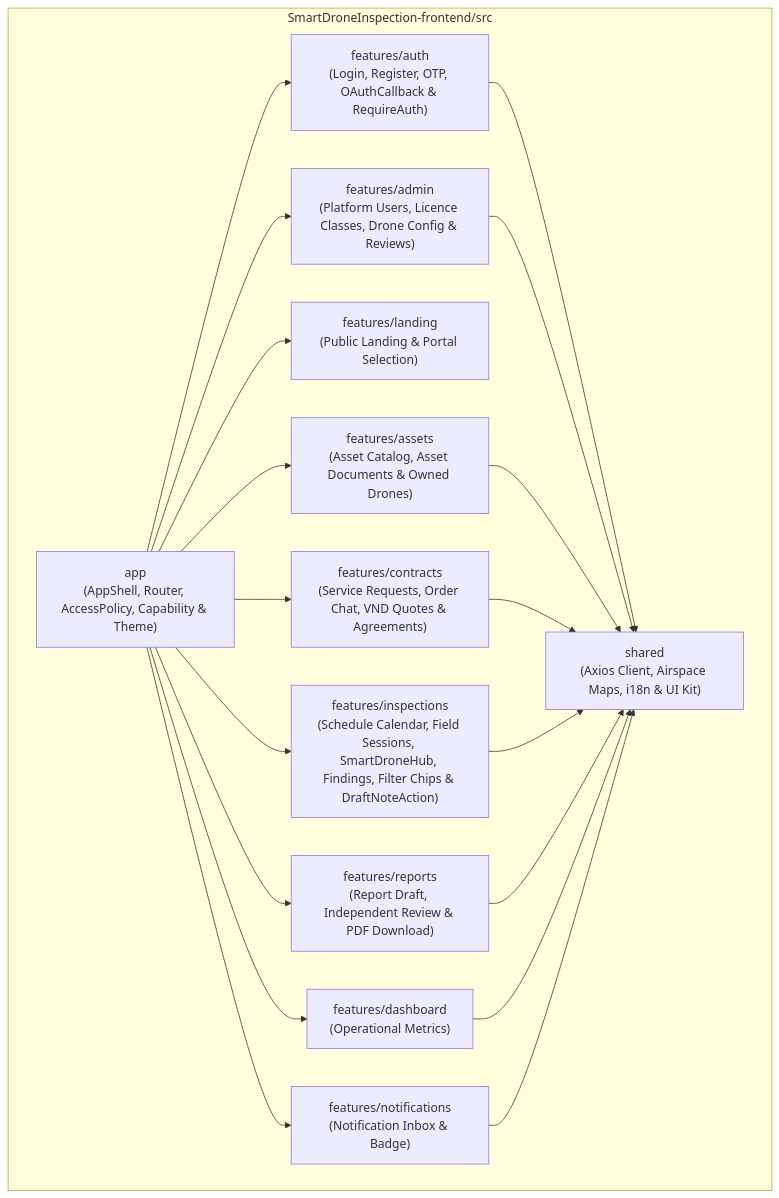
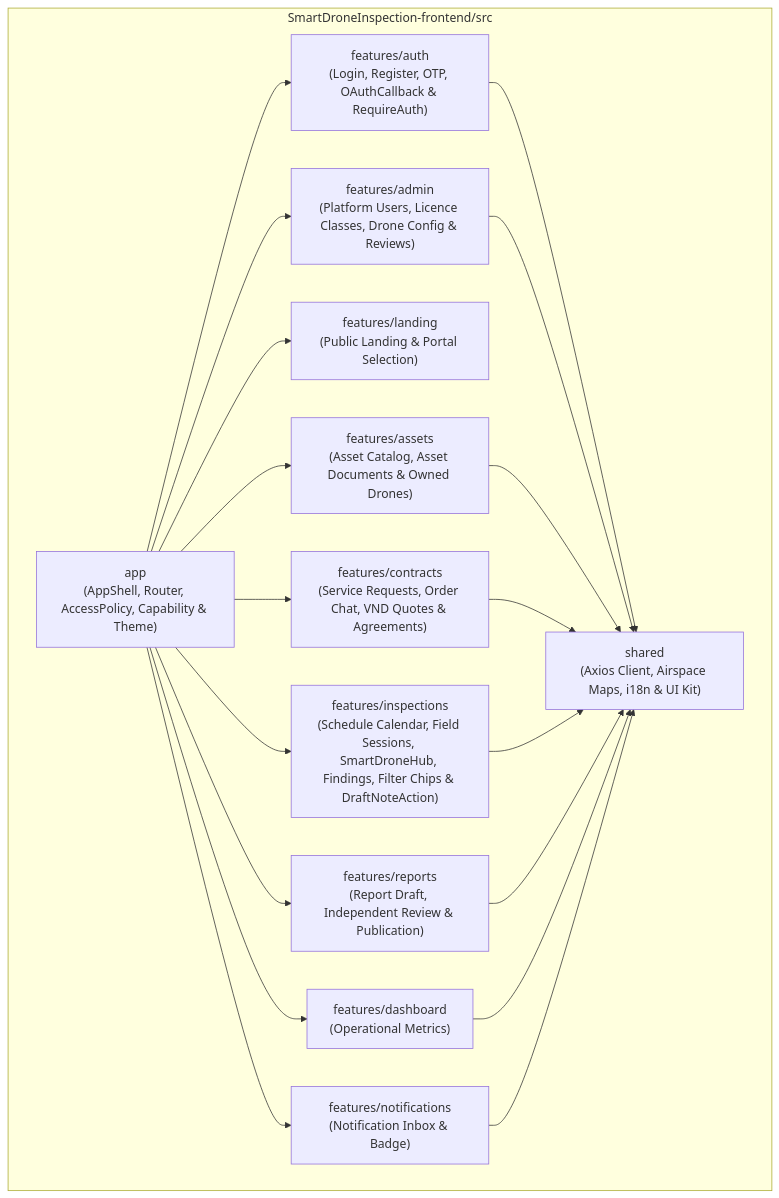
One commit to tungbach12/SmartDroneInspection-Docs changed the third of 4 diagrams in reports/report-4-software-design-document/01-system-design.md. Above: the diagram before and after it, drawn with Mermaid. The commit also changed other lines of this file and 21 other files, not shown here.

Commit message:
docs(reports): align report management wording, baseline metrics, and self-evaluation

````diff
--- a/reports/report-4-software-design-document/01-system-design.md
+++ b/reports/report-4-software-design-document/01-system-design.md
@@ -159,35 +159,35 @@
 ```mermaid
 %% title: Web Portal Subsystem Package Diagram
 flowchart TD
   subgraph WebRoot["SmartDroneInspection-frontend/src"]
     APP["app\n(AppShell, Router, AccessPolicy, Capability & Theme)"]
     FEAT_AUTH["features/auth\n(Login, Register, OTP, OAuthCallback & RequireAuth)"]
     FEAT_ADMIN["features/admin\n(Platform Users, Licence Classes, Drone Config & Reviews)"]
     FEAT_LANDING["features/landing\n(Public Landing & Portal Selection)"]
     FEAT_ASSETS["features/assets\n(Asset Catalog, Asset Documents & Owned Drones)"]
     FEAT_CONTRACTS["features/contracts\n(Service Requests, Order Chat, VND Quotes & Agreements)"]
     FEAT_INSP["features/inspections\n(Schedule Calendar, Field Sessions, SmartDroneHub, Findings, Filter Chips & DraftNoteAction)"]
-    FEAT_REPORTS["features/reports\n(Report Draft, Independent Review & PDF Download)"]
+    FEAT_REPORTS["features/reports\n(Report Draft, Independent Review & Publication)"]
     FEAT_DASH["features/dashboard\n(Operational Metrics)"]
     FEAT_NOTIF["features/notifications\n(Notification Inbox & Badge)"]
     WEB_SHARED["shared\n(Axios Client, Airspace Maps, i18n & UI Kit)"]
   end
 
   APP --> FEAT_AUTH
   APP --> FEAT_ADMIN
   APP --> FEAT_LANDING
   APP --> FEAT_ASSETS
   APP --> FEAT_CONTRACTS
   APP --> FEAT_INSP
   APP --> FEAT_REPORTS
   APP --> FEAT_DASH
   APP --> FEAT_NOTIF
   FEAT_AUTH --> WEB_SHARED
   FEAT_ADMIN --> WEB_SHARED
   FEAT_ASSETS --> WEB_SHARED
   FEAT_CONTRACTS --> WEB_SHARED
   FEAT_INSP --> WEB_SHARED
   FEAT_REPORTS --> WEB_SHARED
   FEAT_DASH --> WEB_SHARED
   FEAT_NOTIF --> WEB_SHARED
 ```
````
